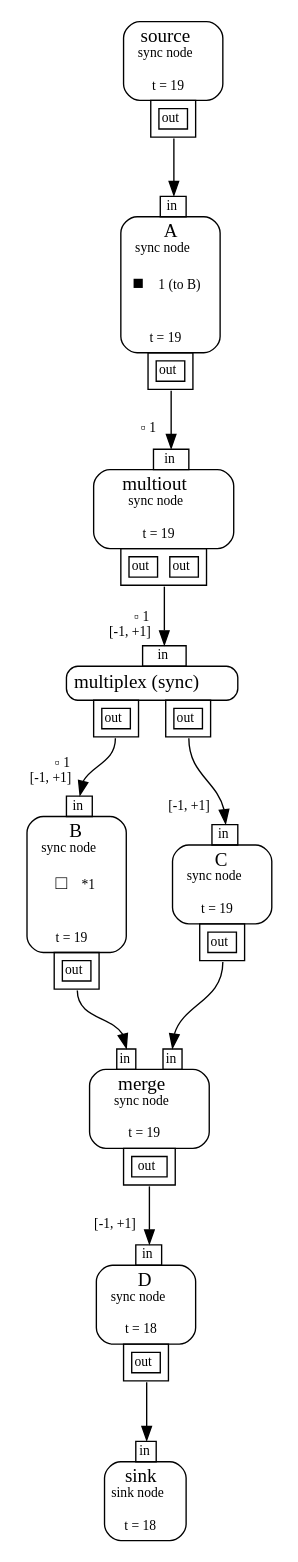
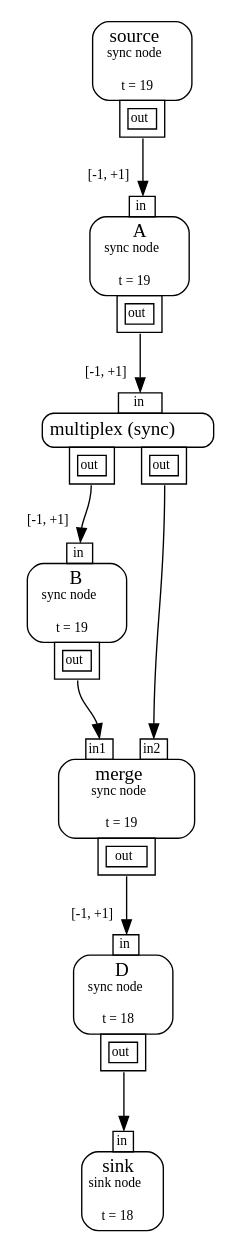
One commit to dbonattoj/mf changed the diagram in gr.gv. Above: the diagram before and after it, drawn with Graphviz. The commit also changed 5 other files, not shown here.

```diff
--- a/gr.gv
+++ b/gr.gv
@@ -4,38 +4,30 @@
 <TABLE BORDER="0" CELLBORDER="0" CELLSPACING="0" CELLPADDING="0"><TR><TD COLSPAN="1" BORDER="1" STYLE="ROUNDED" CELLPADDING="4" COLOR="black">source<BR/><FONT POINT-SIZE="10">sync node</FONT><BR/><BR/><FONT POINT-SIZE="10">t = 19</FONT></TD></TR><TR><TD COLSPAN="1" BORDER="0"><TABLE BORDER="0" CELLBORDER="0" CELLSPACING="0" CELLPADDING="0"><TR><TD WIDTH="20"></TD><TD BORDER="1" CELLPADDING="3" PORT="out1" COLOR="black"><TABLE BORDER="0" CELLSPACING="2"><TR CELLPADDING="1"><TD BORDER="1" CELLPADDING="1"><FONT POINT-SIZE="10">out</FONT></TD></TR></TABLE></TD><TD WIDTH="20"></TD></TR></TABLE></TD></TR></TABLE>
 >];
 	node2 [shape=plaintext label=<
-<TABLE BORDER="0" CELLBORDER="0" CELLSPACING="0" CELLPADDING="0"><TR><TD WIDTH="20"></TD><TD BORDER="1" CELLPADDING="1" PORT="in3" COLOR="black"><FONT POINT-SIZE="10">in</FONT></TD><TD WIDTH="20"></TD></TR><TR><TD COLSPAN="3" BORDER="1" STYLE="ROUNDED" CELLPADDING="4" COLOR="black">A<BR/><FONT POINT-SIZE="10">sync node</FONT><BR/><BR/>&#x25A0; <FONT POINT-SIZE="10">1 (to B)</FONT><BR/><BR/><BR/><FONT POINT-SIZE="10">t = 19</FONT></TD></TR><TR><TD COLSPAN="3" BORDER="0"><TABLE BORDER="0" CELLBORDER="0" CELLSPACING="0" CELLPADDING="0"><TR><TD WIDTH="20"></TD><TD BORDER="1" CELLPADDING="3" PORT="out4" COLOR="black"><TABLE BORDER="0" CELLSPACING="2"><TR CELLPADDING="1"><TD BORDER="1" CELLPADDING="1"><FONT POINT-SIZE="10">out</FONT></TD></TR></TABLE></TD><TD WIDTH="20"></TD></TR></TABLE></TD></TR></TABLE>
+<TABLE BORDER="0" CELLBORDER="0" CELLSPACING="0" CELLPADDING="0"><TR><TD WIDTH="20"></TD><TD BORDER="1" CELLPADDING="1" PORT="in3" COLOR="black"><FONT POINT-SIZE="10">in</FONT></TD><TD WIDTH="20"></TD></TR><TR><TD COLSPAN="3" BORDER="1" STYLE="ROUNDED" CELLPADDING="4" COLOR="black">A<BR/><FONT POINT-SIZE="10">sync node</FONT><BR/><BR/><FONT POINT-SIZE="10">t = 19</FONT></TD></TR><TR><TD COLSPAN="3" BORDER="0"><TABLE BORDER="0" CELLBORDER="0" CELLSPACING="0" CELLPADDING="0"><TR><TD WIDTH="20"></TD><TD BORDER="1" CELLPADDING="3" PORT="out4" COLOR="black"><TABLE BORDER="0" CELLSPACING="2"><TR CELLPADDING="1"><TD BORDER="1" CELLPADDING="1"><FONT POINT-SIZE="10">out</FONT></TD></TR></TABLE></TD><TD WIDTH="20"></TD></TR></TABLE></TD></TR></TABLE>
 >];
 	node5 [shape=plaintext label=<
-<TABLE BORDER="0" CELLBORDER="0" CELLSPACING="0" CELLPADDING="0"><TR><TD WIDTH="20"></TD><TD BORDER="1" CELLPADDING="1" PORT="in6" COLOR="black"><FONT POINT-SIZE="10">in</FONT></TD><TD WIDTH="20"></TD></TR><TR><TD COLSPAN="3" BORDER="1" STYLE="ROUNDED" CELLPADDING="4" COLOR="black">multiout<BR/><FONT POINT-SIZE="10">sync node</FONT><BR/><BR/><FONT POINT-SIZE="10">t = 19</FONT></TD></TR><TR><TD COLSPAN="3" BORDER="0"><TABLE BORDER="0" CELLBORDER="0" CELLSPACING="0" CELLPADDING="0"><TR><TD WIDTH="20"></TD><TD BORDER="1" CELLPADDING="3" PORT="out7" COLOR="black"><TABLE BORDER="0" CELLSPACING="2"><TR CELLPADDING="1"><TD BORDER="1" CELLPADDING="1"><FONT POINT-SIZE="10">out</FONT></TD><TD WIDTH="5"></TD><TD BORDER="1" CELLPADDING="1"><FONT POINT-SIZE="10">out</FONT></TD></TR></TABLE></TD><TD WIDTH="20"></TD></TR></TABLE></TD></TR></TABLE>
+<TABLE BORDER="0" CELLBORDER="0" CELLSPACING="0" CELLPADDING="0"><TR><TD WIDTH="20"></TD><TD BORDER="1" CELLPADDING="1" PORT="in6" COLOR="black"><FONT POINT-SIZE="10">in</FONT></TD><TD WIDTH="20"></TD></TR><TR><TD COLSPAN="3" BORDER="1" STYLE="ROUNDED" CELLPADDING="4" COLOR="black">multiplex (sync)</TD></TR><TR><TD COLSPAN="3" BORDER="0"><TABLE BORDER="0" CELLBORDER="0" CELLSPACING="0" CELLPADDING="0"><TR><TD WIDTH="20"></TD><TD BORDER="1" CELLPADDING="3" PORT="out7" COLOR="black"><TABLE BORDER="0" CELLSPACING="2"><TR CELLPADDING="1"><TD BORDER="1" CELLPADDING="1"><FONT POINT-SIZE="10">out</FONT></TD></TR></TABLE></TD><TD WIDTH="20"></TD><TD BORDER="1" CELLPADDING="3" PORT="out8" COLOR="black"><TABLE BORDER="0" CELLSPACING="2"><TR CELLPADDING="1"><TD BORDER="1" CELLPADDING="1"><FONT POINT-SIZE="10">out</FONT></TD></TR></TABLE></TD><TD WIDTH="20"></TD></TR></TABLE></TD></TR></TABLE>
 >];
-	node8 [shape=plaintext label=<
-<TABLE BORDER="0" CELLBORDER="0" CELLSPACING="0" CELLPADDING="0"><TR><TD WIDTH="20"></TD><TD BORDER="1" CELLPADDING="1" PORT="in9" COLOR="black"><FONT POINT-SIZE="10">in</FONT></TD><TD WIDTH="20"></TD></TR><TR><TD COLSPAN="3" BORDER="1" STYLE="ROUNDED" CELLPADDING="4" COLOR="black">multiplex (sync)</TD></TR><TR><TD COLSPAN="3" BORDER="0"><TABLE BORDER="0" CELLBORDER="0" CELLSPACING="0" CELLPADDING="0"><TR><TD WIDTH="20"></TD><TD BORDER="1" CELLPADDING="3" PORT="out10" COLOR="black"><TABLE BORDER="0" CELLSPACING="2"><TR CELLPADDING="1"><TD BORDER="1" CELLPADDING="1"><FONT POINT-SIZE="10">out</FONT></TD></TR></TABLE></TD><TD WIDTH="20"></TD><TD BORDER="1" CELLPADDING="3" PORT="out11" COLOR="black"><TABLE BORDER="0" CELLSPACING="2"><TR CELLPADDING="1"><TD BORDER="1" CELLPADDING="1"><FONT POINT-SIZE="10">out</FONT></TD></TR></TABLE></TD><TD WIDTH="20"></TD></TR></TABLE></TD></TR></TABLE>
+	node9 [shape=plaintext label=<
+<TABLE BORDER="0" CELLBORDER="0" CELLSPACING="0" CELLPADDING="0"><TR><TD WIDTH="20"></TD><TD BORDER="1" CELLPADDING="1" PORT="in10" COLOR="black"><FONT POINT-SIZE="10">in</FONT></TD><TD WIDTH="20"></TD></TR><TR><TD COLSPAN="3" BORDER="1" STYLE="ROUNDED" CELLPADDING="4" COLOR="black">B<BR/><FONT POINT-SIZE="10">sync node</FONT><BR/><BR/><FONT POINT-SIZE="10">t = 19</FONT></TD></TR><TR><TD COLSPAN="3" BORDER="0"><TABLE BORDER="0" CELLBORDER="0" CELLSPACING="0" CELLPADDING="0"><TR><TD WIDTH="20"></TD><TD BORDER="1" CELLPADDING="3" PORT="out11" COLOR="black"><TABLE BORDER="0" CELLSPACING="2"><TR CELLPADDING="1"><TD BORDER="1" CELLPADDING="1"><FONT POINT-SIZE="10">out</FONT></TD></TR></TABLE></TD><TD WIDTH="20"></TD></TR></TABLE></TD></TR></TABLE>
 >];
 	node12 [shape=plaintext label=<
-<TABLE BORDER="0" CELLBORDER="0" CELLSPACING="0" CELLPADDING="0"><TR><TD WIDTH="20"></TD><TD BORDER="1" CELLPADDING="1" PORT="in13" COLOR="black"><FONT POINT-SIZE="10">in</FONT></TD><TD WIDTH="20"></TD></TR><TR><TD COLSPAN="3" BORDER="1" STYLE="ROUNDED" CELLPADDING="4" COLOR="black">B<BR/><FONT POINT-SIZE="10">sync node</FONT><BR/><BR/>&#x25A1; <FONT POINT-SIZE="10">*1</FONT><BR/><BR/><BR/><FONT POINT-SIZE="10">t = 19</FONT></TD></TR><TR><TD COLSPAN="3" BORDER="0"><TABLE BORDER="0" CELLBORDER="0" CELLSPACING="0" CELLPADDING="0"><TR><TD WIDTH="20"></TD><TD BORDER="1" CELLPADDING="3" PORT="out14" COLOR="black"><TABLE BORDER="0" CELLSPACING="2"><TR CELLPADDING="1"><TD BORDER="1" CELLPADDING="1"><FONT POINT-SIZE="10">out</FONT></TD></TR></TABLE></TD><TD WIDTH="20"></TD></TR></TABLE></TD></TR></TABLE>
+<TABLE BORDER="0" CELLBORDER="0" CELLSPACING="0" CELLPADDING="0"><TR><TD WIDTH="20"></TD><TD BORDER="1" CELLPADDING="1" PORT="in13" COLOR="black"><FONT POINT-SIZE="10">in1</FONT></TD><TD WIDTH="20"></TD><TD BORDER="1" CELLPADDING="1" PORT="in14" COLOR="black"><FONT POINT-SIZE="10">in2</FONT></TD><TD WIDTH="20"></TD></TR><TR><TD COLSPAN="5" BORDER="1" STYLE="ROUNDED" CELLPADDING="4" COLOR="black">merge<BR/><FONT POINT-SIZE="10">sync node</FONT><BR/><BR/><FONT POINT-SIZE="10">t = 19</FONT></TD></TR><TR><TD COLSPAN="5" BORDER="0"><TABLE BORDER="0" CELLBORDER="0" CELLSPACING="0" CELLPADDING="0"><TR><TD WIDTH="20"></TD><TD BORDER="1" CELLPADDING="3" PORT="out15" COLOR="black"><TABLE BORDER="0" CELLSPACING="2"><TR CELLPADDING="1"><TD BORDER="1" CELLPADDING="1"><FONT POINT-SIZE="10">out</FONT></TD></TR></TABLE></TD><TD WIDTH="20"></TD></TR></TABLE></TD></TR></TABLE>
 >];
-	node15 [shape=plaintext label=<
-<TABLE BORDER="0" CELLBORDER="0" CELLSPACING="0" CELLPADDING="0"><TR><TD WIDTH="20"></TD><TD BORDER="1" CELLPADDING="1" PORT="in16" COLOR="black"><FONT POINT-SIZE="10">in</FONT></TD><TD WIDTH="20"></TD></TR><TR><TD COLSPAN="3" BORDER="1" STYLE="ROUNDED" CELLPADDING="4" COLOR="black">C<BR/><FONT POINT-SIZE="10">sync node</FONT><BR/><BR/><FONT POINT-SIZE="10">t = 19</FONT></TD></TR><TR><TD COLSPAN="3" BORDER="0"><TABLE BORDER="0" CELLBORDER="0" CELLSPACING="0" CELLPADDING="0"><TR><TD WIDTH="20"></TD><TD BORDER="1" CELLPADDING="3" PORT="out17" COLOR="black"><TABLE BORDER="0" CELLSPACING="2"><TR CELLPADDING="1"><TD BORDER="1" CELLPADDING="1"><FONT POINT-SIZE="10">out</FONT></TD></TR></TABLE></TD><TD WIDTH="20"></TD></TR></TABLE></TD></TR></TABLE>
+	node16 [shape=plaintext label=<
+<TABLE BORDER="0" CELLBORDER="0" CELLSPACING="0" CELLPADDING="0"><TR><TD WIDTH="20"></TD><TD BORDER="1" CELLPADDING="1" PORT="in17" COLOR="black"><FONT POINT-SIZE="10">in</FONT></TD><TD WIDTH="20"></TD></TR><TR><TD COLSPAN="3" BORDER="1" STYLE="ROUNDED" CELLPADDING="4" COLOR="black">D<BR/><FONT POINT-SIZE="10">sync node</FONT><BR/><BR/><FONT POINT-SIZE="10">t = 18</FONT></TD></TR><TR><TD COLSPAN="3" BORDER="0"><TABLE BORDER="0" CELLBORDER="0" CELLSPACING="0" CELLPADDING="0"><TR><TD WIDTH="20"></TD><TD BORDER="1" CELLPADDING="3" PORT="out18" COLOR="black"><TABLE BORDER="0" CELLSPACING="2"><TR CELLPADDING="1"><TD BORDER="1" CELLPADDING="1"><FONT POINT-SIZE="10">out</FONT></TD></TR></TABLE></TD><TD WIDTH="20"></TD></TR></TABLE></TD></TR></TABLE>
 >];
-	node18 [shape=plaintext label=<
-<TABLE BORDER="0" CELLBORDER="0" CELLSPACING="0" CELLPADDING="0"><TR><TD WIDTH="20"></TD><TD BORDER="1" CELLPADDING="1" PORT="in19" COLOR="black"><FONT POINT-SIZE="10">in</FONT></TD><TD WIDTH="20"></TD><TD BORDER="1" CELLPADDING="1" PORT="in20" COLOR="black"><FONT POINT-SIZE="10">in</FONT></TD><TD WIDTH="20"></TD></TR><TR><TD COLSPAN="5" BORDER="1" STYLE="ROUNDED" CELLPADDING="4" COLOR="black">merge<BR/><FONT POINT-SIZE="10">sync node</FONT><BR/><BR/><FONT POINT-SIZE="10">t = 19</FONT></TD></TR><TR><TD COLSPAN="5" BORDER="0"><TABLE BORDER="0" CELLBORDER="0" CELLSPACING="0" CELLPADDING="0"><TR><TD WIDTH="20"></TD><TD BORDER="1" CELLPADDING="3" PORT="out21" COLOR="black"><TABLE BORDER="0" CELLSPACING="2"><TR CELLPADDING="1"><TD BORDER="1" CELLPADDING="1"><FONT POINT-SIZE="10">out</FONT></TD></TR></TABLE></TD><TD WIDTH="20"></TD></TR></TABLE></TD></TR></TABLE>
+	node19 [shape=plaintext label=<
+<TABLE BORDER="0" CELLBORDER="0" CELLSPACING="0" CELLPADDING="0"><TR><TD WIDTH="20"></TD><TD BORDER="1" CELLPADDING="1" PORT="in20" COLOR="black"><FONT POINT-SIZE="10">in</FONT></TD><TD WIDTH="20"></TD></TR><TR><TD COLSPAN="3" BORDER="1" STYLE="ROUNDED" CELLPADDING="4" COLOR="black">sink<BR/><FONT POINT-SIZE="10">sink node</FONT><BR/><BR/><FONT POINT-SIZE="10">t = 18</FONT></TD></TR></TABLE>
 >];
-	node22 [shape=plaintext label=<
-<TABLE BORDER="0" CELLBORDER="0" CELLSPACING="0" CELLPADDING="0"><TR><TD WIDTH="20"></TD><TD BORDER="1" CELLPADDING="1" PORT="in23" COLOR="black"><FONT POINT-SIZE="10">in</FONT></TD><TD WIDTH="20"></TD></TR><TR><TD COLSPAN="3" BORDER="1" STYLE="ROUNDED" CELLPADDING="4" COLOR="black">D<BR/><FONT POINT-SIZE="10">sync node</FONT><BR/><BR/><FONT POINT-SIZE="10">t = 18</FONT></TD></TR><TR><TD COLSPAN="3" BORDER="0"><TABLE BORDER="0" CELLBORDER="0" CELLSPACING="0" CELLPADDING="0"><TR><TD WIDTH="20"></TD><TD BORDER="1" CELLPADDING="3" PORT="out24" COLOR="black"><TABLE BORDER="0" CELLSPACING="2"><TR CELLPADDING="1"><TD BORDER="1" CELLPADDING="1"><FONT POINT-SIZE="10">out</FONT></TD></TR></TABLE></TD><TD WIDTH="20"></TD></TR></TABLE></TD></TR></TABLE>
->];
-	node25 [shape=plaintext label=<
-<TABLE BORDER="0" CELLBORDER="0" CELLSPACING="0" CELLPADDING="0"><TR><TD WIDTH="20"></TD><TD BORDER="1" CELLPADDING="1" PORT="in26" COLOR="black"><FONT POINT-SIZE="10">in</FONT></TD><TD WIDTH="20"></TD></TR><TR><TD COLSPAN="3" BORDER="1" STYLE="ROUNDED" CELLPADDING="4" COLOR="black">sink<BR/><FONT POINT-SIZE="10">sink node</FONT><BR/><BR/><FONT POINT-SIZE="10">t = 18</FONT></TD></TR></TABLE>
->];
-	node0:out1 -> node2:in3 [style="", arrowhead="normal", color=black, headlabel=<>, fontsize=10, labelangle=45, labeldistance=2.0, labelfontcolor=black];
-	node2:out4 -> node5:in6 [style="", arrowhead="normal", color=black, headlabel=<&#x25AB; 1<BR/>>, fontsize=10, labelangle=45, labeldistance=2.0, labelfontcolor=black];
-	node5:out7 -> node8:in9 [style="", arrowhead="normal", color=black, headlabel=<&#x25AB; 1<BR/>[-1, +1]     >, fontsize=10, labelangle=45, labeldistance=2.0, labelfontcolor=black];
-	node8:out10 -> node12:in13 [style="", arrowhead="normal", color=black, headlabel=<&#x25AB; 1<BR/>[-1, +1]     >, fontsize=10, labelangle=45, labeldistance=2.0, labelfontcolor=black];
-	node8:out11 -> node15:in16 [style="", arrowhead="normal", color=black, headlabel=<[-1, +1]     >, fontsize=10, labelangle=45, labeldistance=2.0, labelfontcolor=black];
-	node12:out14 -> node18:in19 [style="", arrowhead="normal", color=black, headlabel=<>, fontsize=10, labelangle=45, labeldistance=2.0, labelfontcolor=black];
-	node15:out17 -> node18:in20 [style="", arrowhead="normal", color=black, headlabel=<>, fontsize=10, labelangle=45, labeldistance=2.0, labelfontcolor=black];
-	node18:out21 -> node22:in23 [style="", arrowhead="normal", color=black, headlabel=<[-1, +1]     >, fontsize=10, labelangle=45, labeldistance=2.0, labelfontcolor=black];
-	node22:out24 -> node25:in26 [style="", arrowhead="normal", color=black, headlabel=<>, fontsize=10, labelangle=45, labeldistance=2.0, labelfontcolor=black];
+	node0:out1 -> node2:in3 [style="", arrowhead="normal", color=black, headlabel=<[-1, +1]     >, fontsize=10, labelangle=45, labeldistance=2.0, labelfontcolor=black];
+	node2:out4 -> node5:in6 [style="", arrowhead="normal", color=black, headlabel=<[-1, +1]     >, fontsize=10, labelangle=45, labeldistance=2.0, labelfontcolor=black];
+	node5:out7 -> node9:in10 [style="", arrowhead="normal", color=black, headlabel=<[-1, +1]     >, fontsize=10, labelangle=45, labeldistance=2.0, labelfontcolor=black];
+	node9:out11 -> node12:in13 [style="", arrowhead="normal", color=black, headlabel=<>, fontsize=10, labelangle=45, labeldistance=2.0, labelfontcolor=black];
+	node5:out8 -> node12:in14 [style="", arrowhead="normal", color=black, headlabel=<>, fontsize=10, labelangle=45, labeldistance=2.0, labelfontcolor=black];
+	node12:out15 -> node16:in17 [style="", arrowhead="normal", color=black, headlabel=<[-1, +1]     >, fontsize=10, labelangle=45, labeldistance=2.0, labelfontcolor=black];
+	node16:out18 -> node19:in20 [style="", arrowhead="normal", color=black, headlabel=<>, fontsize=10, labelangle=45, labeldistance=2.0, labelfontcolor=black];
 	{rank=source; node0}
-	{rank=sink; node25}
+	{rank=sink; node19}
 }
```
